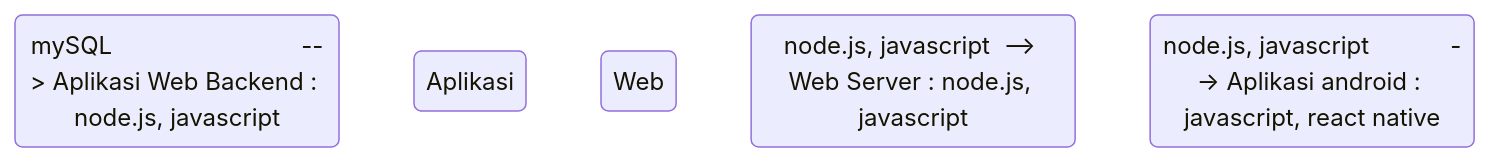
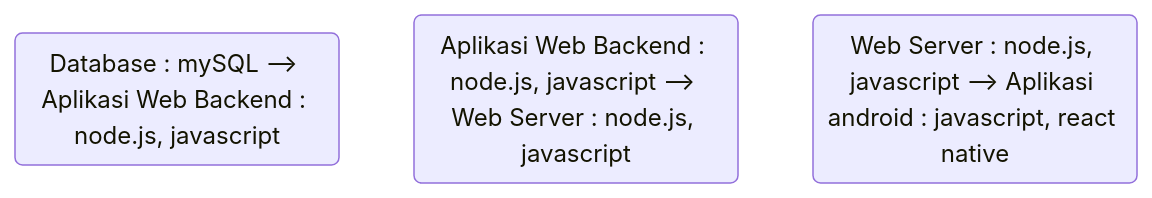
One commit to Alfianad/speedtest changed the second of 2 diagrams in jawaban job interview.md. Above: the diagram before and after it, drawn with Mermaid.

Commit message:
Update jawaban job interview.md

````diff
--- a/jawaban job interview.md
+++ b/jawaban job interview.md
@@ -49,8 +49,7 @@
 ```mermaid
-
-stateDiagram
-    Database : mySQL                            --> Aplikasi Web Backend : node.js, javascript
-    Aplikasi Web Backend : node.js, javascript  --> Web Server : node.js, javascript
-    Web Server : node.js, javascript            --> Aplikasi android : javascript, react native
+stateDiagram-v2
+    s2 : Database : mySQL --> Aplikasi Web Backend : node.js, javascript
+    s3 : Aplikasi Web Backend : node.js, javascript --> Web Server : node.js, javascript
+    s4 : Web Server : node.js, javascript --> Aplikasi android : javascript, react native
 
 ```
````
